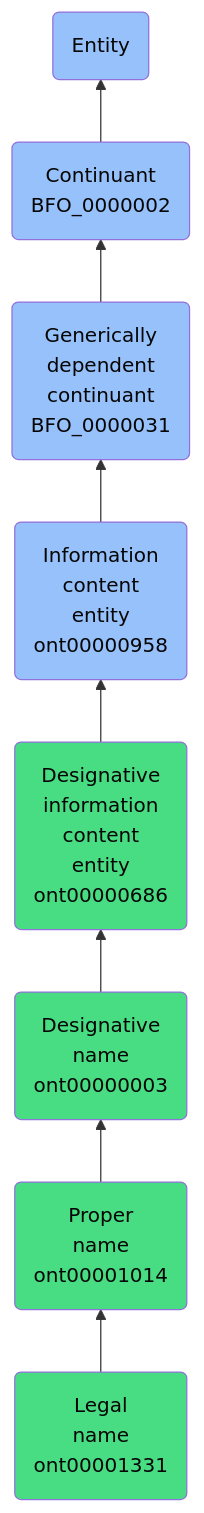
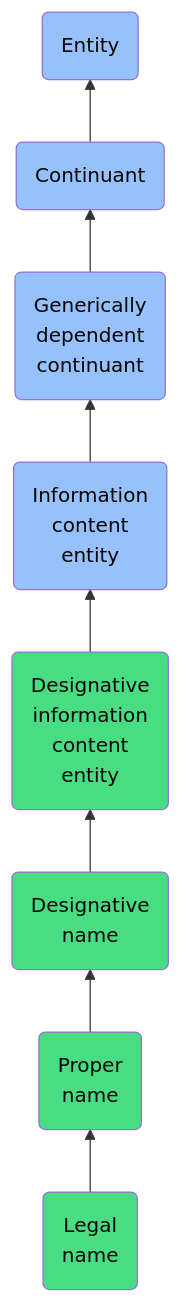
The diagram in docs/ontology/reference/model/Entity/Continuant/Generically dependent continuant/Information content entity/Designative information content entity/Designative name/Proper name/Legal name/Legal name.md (jupyter-naas/abi), drawn with Mermaid before and after one commit. The commit also changed other lines of this file and 1430 other files, not shown here.

````diff
--- a/docs/ontology/reference/model/Entity/Continuant/Generically dependent continuant/Information content entity/Designative information content entity/Designative name/Proper name/Legal name/Legal name.md
+++ b/docs/ontology/reference/model/Entity/Continuant/Generically dependent continuant/Information content entity/Designative information content entity/Designative name/Proper name/Legal name/Legal name.md
@@ -24,15 +24,15 @@
 ```mermaid
 graph BT
-    ont00001331(Legal<br>name<br>ont00001331):::ABI-->ont00001014
-    ont00001014(Proper<br>name<br>ont00001014):::ABI-->ont00000003
-    ont00000003(Designative<br>name<br>ont00000003):::ABI-->ont00000686
-    ont00000686(Designative<br>information<br>content<br>entity<br>ont00000686):::ABI-->ont00000958
-    ont00000958(Information<br>content<br>entity<br>ont00000958):::BFO-->BFO_0000031
-    BFO_0000031(Generically<br>dependent<br>continuant<br>BFO_0000031):::BFO-->BFO_0000002
-    BFO_0000002(Continuant<br>BFO_0000002):::BFO-->BFO_0000001
+    ont00001331(Legal<br>name):::ABI-->ont00001014
+    ont00001014(Proper<br>name):::ABI-->ont00000003
+    ont00000003(Designative<br>name):::ABI-->ont00000686
+    ont00000686(Designative<br>information<br>content<br>entity):::ABI-->ont00000958
+    ont00000958(Information<br>content<br>entity):::BFO-->BFO_0000031
+    BFO_0000031(Generically<br>dependent<br>continuant):::BFO-->BFO_0000002
+    BFO_0000002(Continuant):::BFO-->BFO_0000001
     BFO_0000001(Entity):::BFO
     
     classDef BFO fill:#97c1fb,color:#060606
     classDef CCO fill:#e4c51e,color:#060606
     classDef ABI fill:#48DD82,color:#060606
 ```
````
